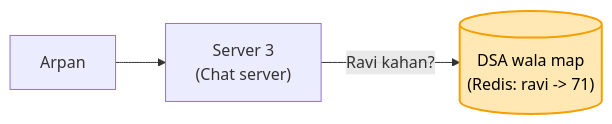
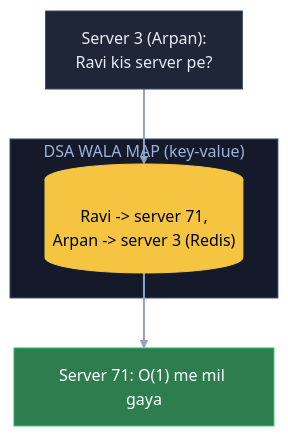
Before and after one commit to ArpanMaheshwari144/Prep: the third of 12 diagrams in 04_HLD/SYSTEM_DESIGNS/14_chat_messaging/14_chat_messaging.md, drawn with Mermaid. The commit also changed other lines of this file, not shown here.

Commit message:
Chat: 12 diagram hand notes ke shabdon se

````diff
--- a/04_HLD/SYSTEM_DESIGNS/14_chat_messaging/14_chat_messaging.md
+++ b/04_HLD/SYSTEM_DESIGNS/14_chat_messaging/14_chat_messaging.md
@@ -72,6 +95,16 @@
 ```mermaid
-flowchart LR
-    A["Arpan"] --> S3["Server 3<br/>(Chat server)"]
-    S3 -- "Ravi kahan?" --> M[("DSA wala map<br/>(Redis: ravi -> 71)")]
-    style M fill:#ffe8b3,stroke:#f59f00,stroke-width:2px,color:#000
+flowchart TB
+    S3["Server 3 (Arpan):<br/>Ravi kis server pe?"]:::card
+    subgraph MP["DSA WALA MAP (key-value)"]
+        M[("Ravi -> server 71,<br/>Arpan -> server 3 (Redis)")]:::pill
+    end
+    S71["Server 71: O(1) me mil gaya"]:::good
+    S3 --> M
+    M --> S71
+    linkStyle default stroke:#8fa3c7,stroke-width:2px
+    classDef card fill:#1e2638,stroke:#3a4a6b,color:#e8ecf5
+    classDef pill fill:#f5c542,stroke:#f5c542,color:#000
+    classDef good fill:#2e7d4f,stroke:#3fbf6f,color:#fff
+    classDef bad fill:#5c1f24,stroke:#e05561,color:#fff
+    style MP fill:#141a29,stroke:#3a4a6b,color:#9fb3d9
 ```
````
